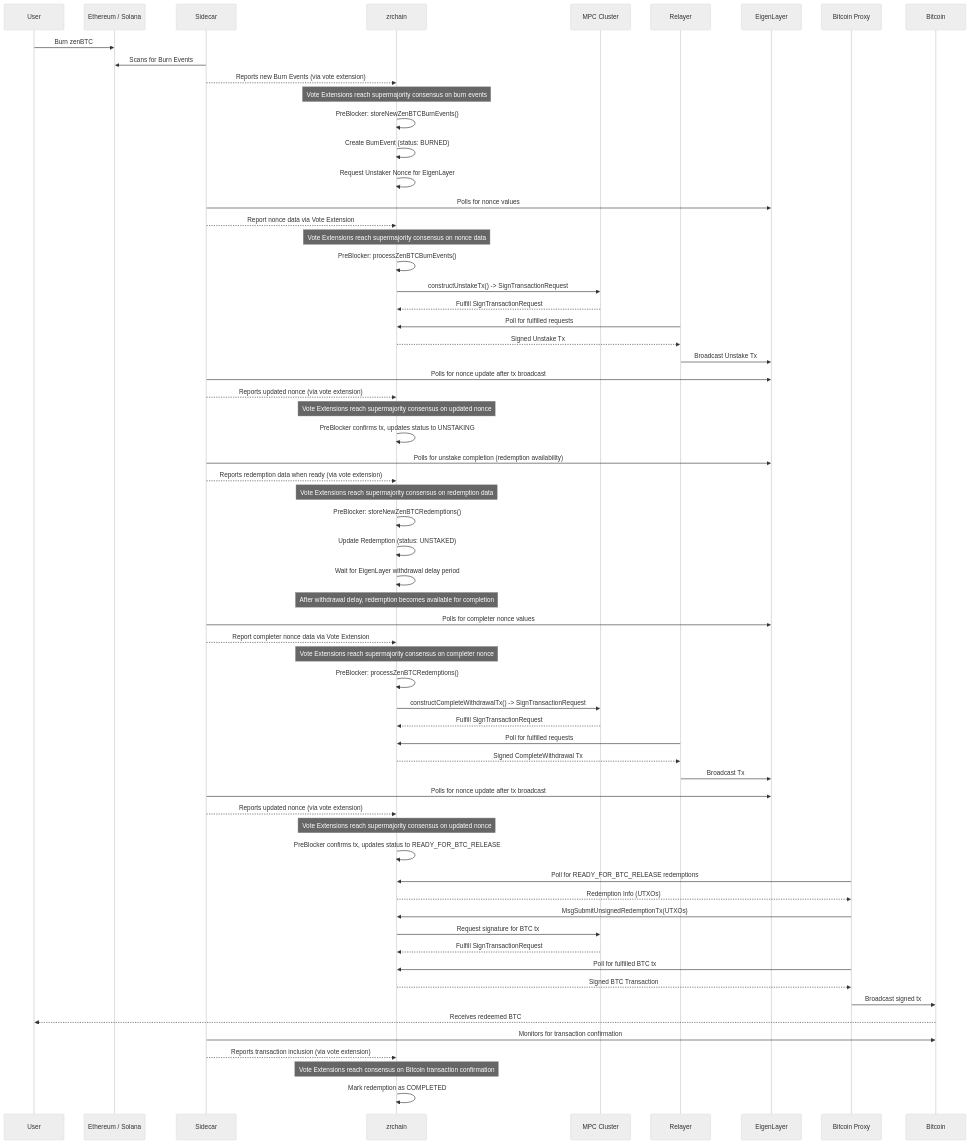
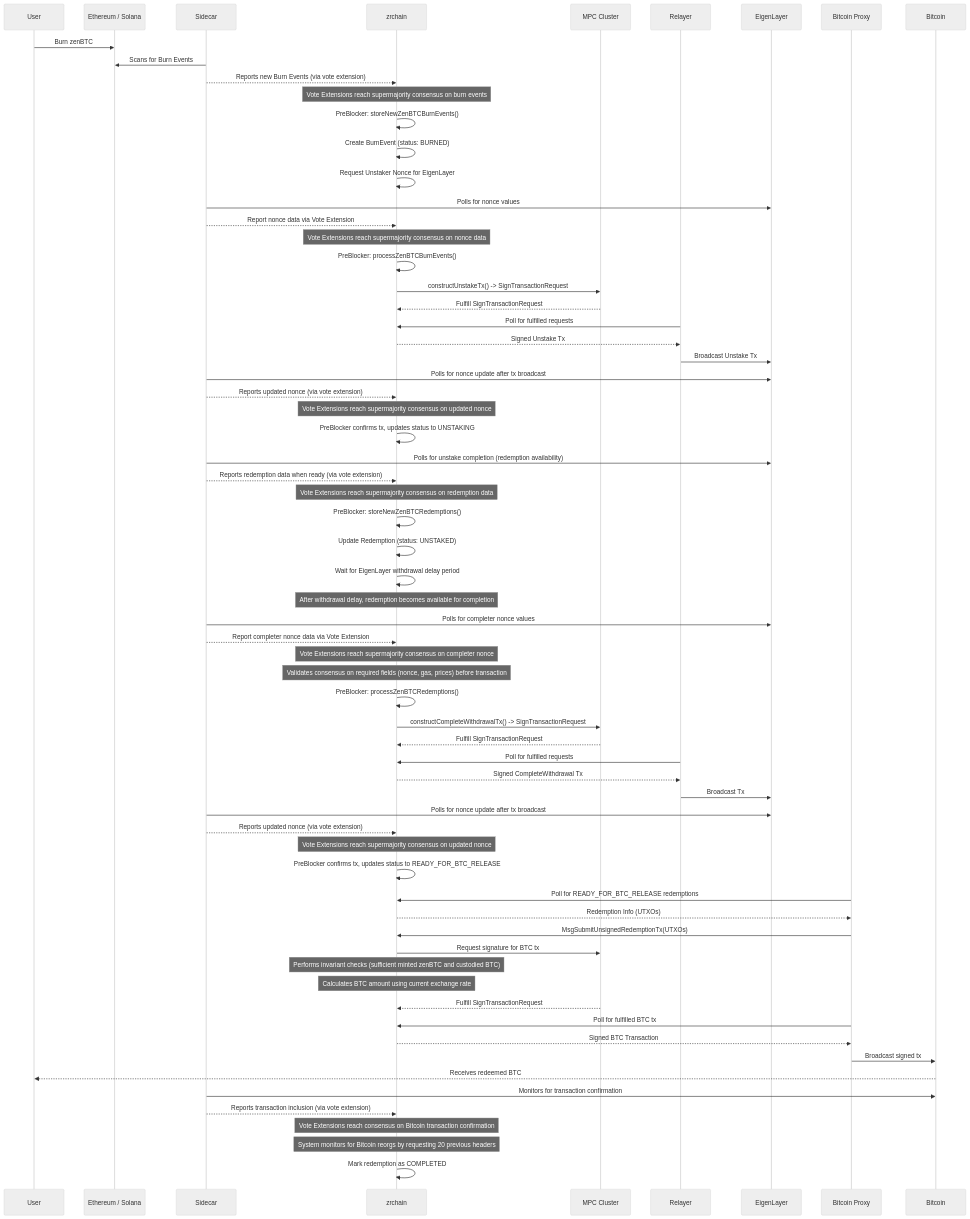
Before and after one commit to zenrocklabs/zrchain: the second of 4 diagrams in docs/README.md, drawn with Mermaid (neutral theme). The commit also changed other lines of this file, not shown here.

````diff
--- a/docs/README.md
+++ b/docs/README.md
@@ -141,75 +145,79 @@
 ```mermaid
 sequenceDiagram
     participant User
     participant DestinationChain as Ethereum / Solana
     participant Sidecar
     participant zrchain
     participant MPC Cluster
     participant Relayer
     participant EigenLayer
     participant Bitcoin Proxy
     participant Bitcoin
 
     User->>DestinationChain: Burn zenBTC
     Sidecar->>DestinationChain: Scans for Burn Events
     Sidecar-->>zrchain: Reports new Burn Events (via vote extension)
     Note over zrchain: Vote Extensions reach supermajority consensus on burn events
 
     zrchain->>zrchain: PreBlocker: storeNewZenBTCBurnEvents()
     zrchain->>zrchain: Create BurnEvent (status: BURNED)
     zrchain->>zrchain: Request Unstaker Nonce for EigenLayer
 
     Sidecar->>EigenLayer: Polls for nonce values
     Sidecar-->>zrchain: Report nonce data via Vote Extension
     Note over zrchain: Vote Extensions reach supermajority consensus on nonce data
     zrchain->>zrchain: PreBlocker: processZenBTCBurnEvents()
     zrchain->>MPC Cluster: constructUnstakeTx() -> SignTransactionRequest
     MPC Cluster-->>zrchain: Fulfill SignTransactionRequest
     Relayer->>zrchain: Poll for fulfilled requests
     zrchain-->>Relayer: Signed Unstake Tx
     Relayer->>EigenLayer: Broadcast Unstake Tx
     
     Sidecar->>EigenLayer: Polls for nonce update after tx broadcast
     Sidecar-->>zrchain: Reports updated nonce (via vote extension)
     Note over zrchain: Vote Extensions reach supermajority consensus on updated nonce
     zrchain->>zrchain: PreBlocker confirms tx, updates status to UNSTAKING
 
     Sidecar->>EigenLayer: Polls for unstake completion (redemption availability)
     Sidecar-->>zrchain: Reports redemption data when ready (via vote extension)
     Note over zrchain: Vote Extensions reach supermajority consensus on redemption data
     zrchain->>zrchain: PreBlocker: storeNewZenBTCRedemptions()
     zrchain->>zrchain: Update Redemption (status: UNSTAKED)
     zrchain->>zrchain: Wait for EigenLayer withdrawal delay period
 
     Note over zrchain: After withdrawal delay, redemption becomes available for completion
 
     Sidecar->>EigenLayer: Polls for completer nonce values
     Sidecar-->>zrchain: Report completer nonce data via Vote Extension
     Note over zrchain: Vote Extensions reach supermajority consensus on completer nonce
+    Note over zrchain: Validates consensus on required fields (nonce, gas, prices) before transaction
     zrchain->>zrchain: PreBlocker: processZenBTCRedemptions()
     zrchain->>MPC Cluster: constructCompleteWithdrawalTx() -> SignTransactionRequest
     MPC Cluster-->>zrchain: Fulfill SignTransactionRequest
     Relayer->>zrchain: Poll for fulfilled requests
     zrchain-->>Relayer: Signed CompleteWithdrawal Tx
     Relayer->>EigenLayer: Broadcast Tx
     
     Sidecar->>EigenLayer: Polls for nonce update after tx broadcast
     Sidecar-->>zrchain: Reports updated nonce (via vote extension)
     Note over zrchain: Vote Extensions reach supermajority consensus on updated nonce
     zrchain->>zrchain: PreBlocker confirms tx, updates status to READY_FOR_BTC_RELEASE
 
     Bitcoin Proxy->>zrchain: Poll for READY_FOR_BTC_RELEASE redemptions
     zrchain-->>Bitcoin Proxy: Redemption Info (UTXOs)
     Bitcoin Proxy->>zrchain: MsgSubmitUnsignedRedemptionTx(UTXOs)
     zrchain->>MPC Cluster: Request signature for BTC tx
+    Note over zrchain: Performs invariant checks (sufficient minted zenBTC and custodied BTC)
+    Note over zrchain: Calculates BTC amount using current exchange rate
     MPC Cluster-->>zrchain: Fulfill SignTransactionRequest
     Bitcoin Proxy->>zrchain: Poll for fulfilled BTC tx
     zrchain-->>Bitcoin Proxy: Signed BTC Transaction
     Bitcoin Proxy->>Bitcoin: Broadcast signed tx
     Bitcoin-->>User: Receives redeemed BTC
     
     Sidecar->>Bitcoin: Monitors for transaction confirmation
     Sidecar-->>zrchain: Reports transaction inclusion (via vote extension)
     Note over zrchain: Vote Extensions reach consensus on Bitcoin transaction confirmation
+    Note over zrchain: System monitors for Bitcoin reorgs by requesting 20 previous headers
     zrchain->>zrchain: Mark redemption as COMPLETED
 ```
````
